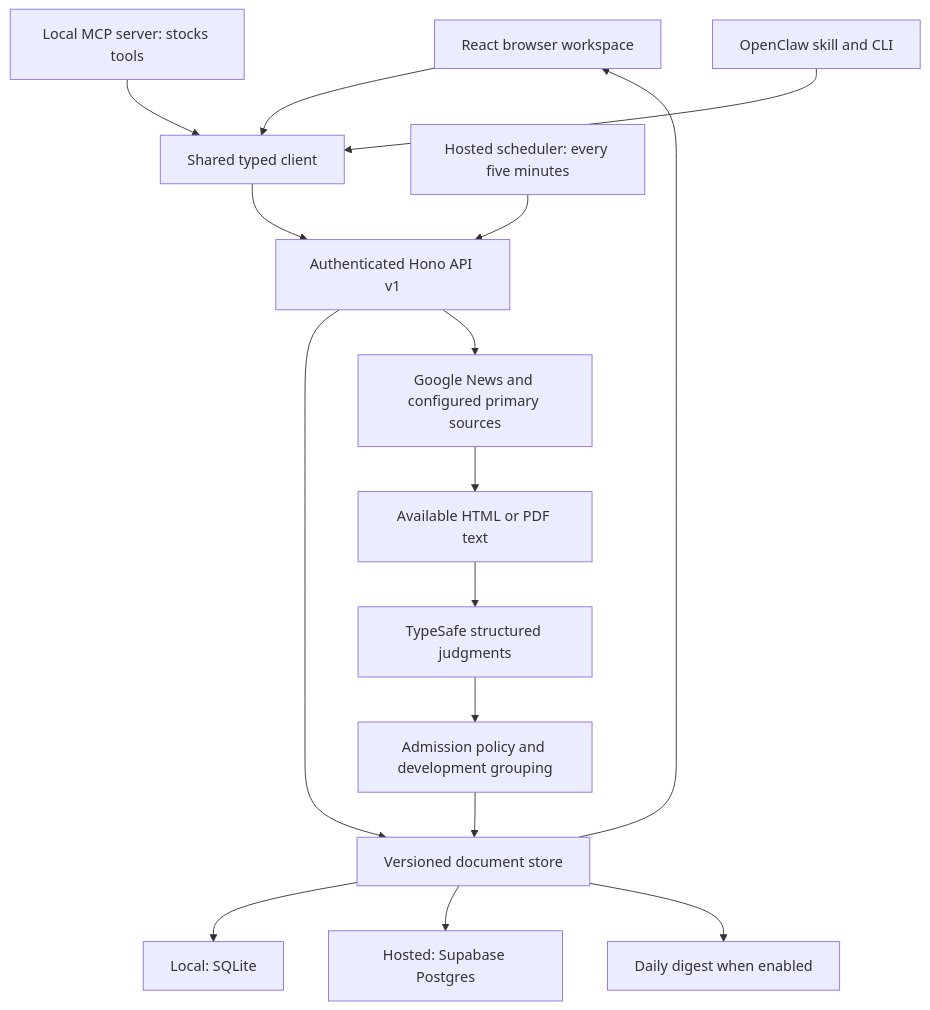
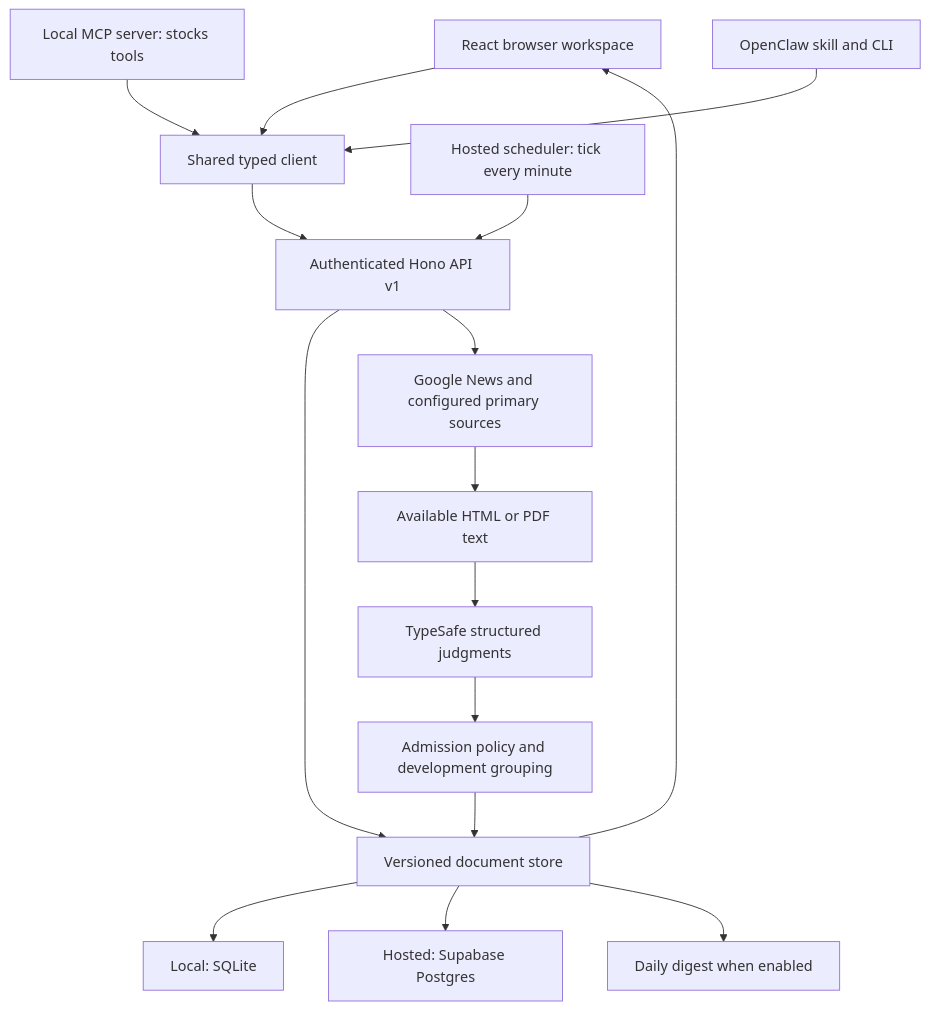
Before and after one commit to NithinMantena/stock-monitoring: the diagram in ARCHITECTURE.md, drawn with Mermaid. The commit also changed other lines of this file and 4 other files, not shown here.

````diff
--- a/ARCHITECTURE.md
+++ b/ARCHITECTURE.md
@@ -13,18 +13,18 @@
 ```mermaid
 flowchart TD
     UI[React browser workspace] --> Client[Shared typed client]
     MCP[Local MCP server: stocks tools] --> Client
     Bot[OpenClaw skill and CLI] --> Client
     Client --> API[Authenticated Hono API v1]
-    Cron[Hosted scheduler: every five minutes] --> API
+    Cron[Hosted scheduler: tick every minute] --> API
     API --> Store[Versioned document store]
     Store --> Local[Local: SQLite]
     Store --> Cloud[Hosted: Supabase Postgres]
     API --> Discovery[Google News and configured primary sources]
     Discovery --> Retrieval[Available HTML or PDF text]
     Retrieval --> AI[TypeSafe structured judgments]
     AI --> Policy[Admission policy and development grouping]
     Policy --> Store
     Store --> UI
     Store --> Digest[Daily digest when enabled]
 ```
````
